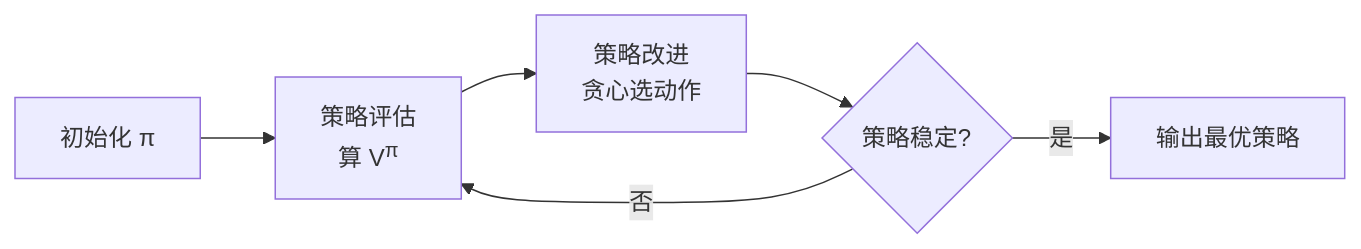
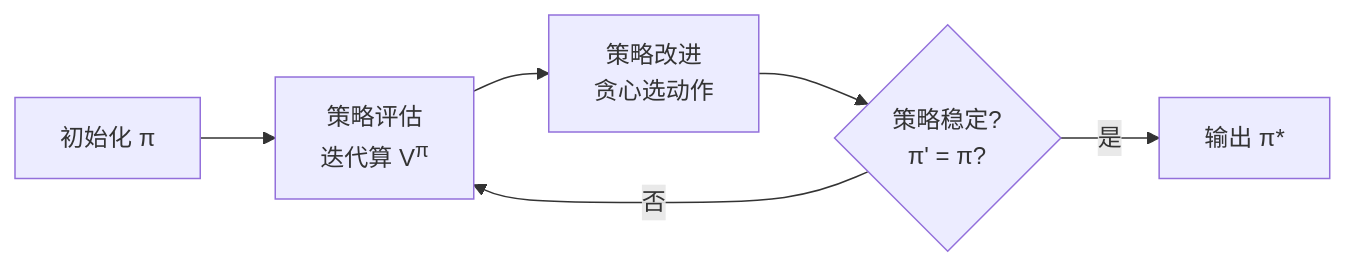
Before and after one commit to Xinyu-lumos/RL-study: the second of 4 diagrams in day03-dynamic-programming.md, drawn with Mermaid. The commit also changed other lines of this file, not shown here.

````diff
--- a/day03-dynamic-programming.md
+++ b/day03-dynamic-programming.md
@@ -148,8 +262,8 @@
 ```mermaid
 graph LR
-    A[初始化 π] --> B[策略评估<br/>算 V<sup>π</sup>]
+    A[初始化 π] --> B[策略评估<br/>迭代算 V<sup>π</sup>]
     B --> C[策略改进<br/>贪心选动作]
-    C --> D{策略稳定?}
+    C --> D{"策略稳定?<br/>π' = π?"}
     D -->|否| B
-    D -->|是| E[输出最优策略]
+    D -->|是| E[输出 π*]
 ```
````
